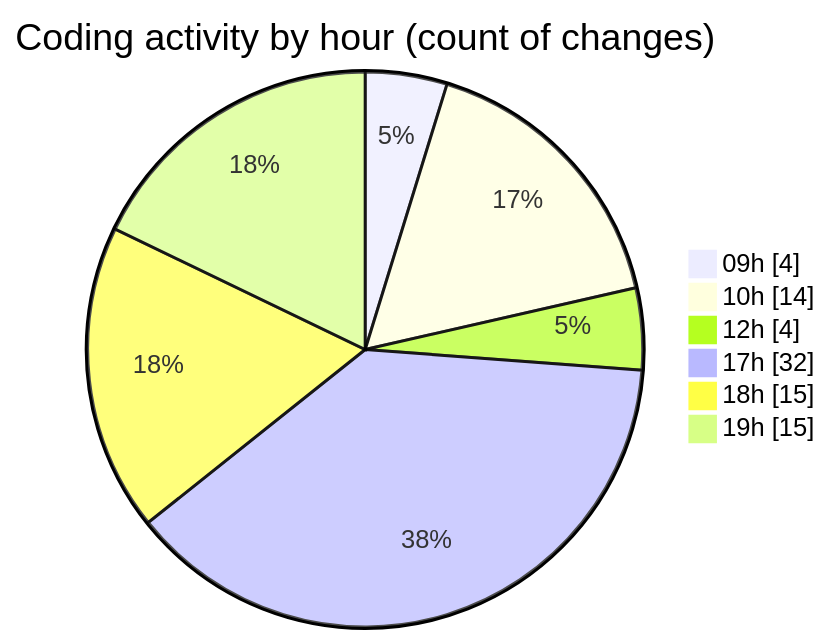
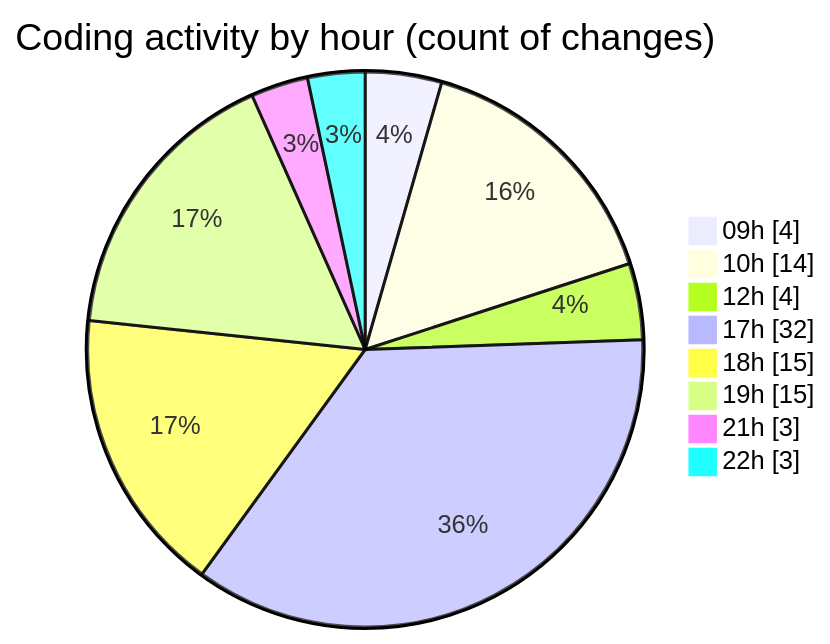
The second of 2 diagrams in 2025-05-06/niten/README.md (Elitesun/code-tracking), drawn with Mermaid before and after one commit. The commit also changed other lines of this file and 1 other file, not shown here.

````diff
--- a/2025-05-06/niten/README.md
+++ b/2025-05-06/niten/README.md
@@ -59,10 +61,12 @@
 ```mermaid
 pie showData
 title Coding activity by hour (count of changes)
 "09h" : 4
 "10h" : 14
 "12h" : 4
 "17h" : 32
 "18h" : 15
 "19h" : 15
+"21h" : 3
+"22h" : 3
 ```
````
